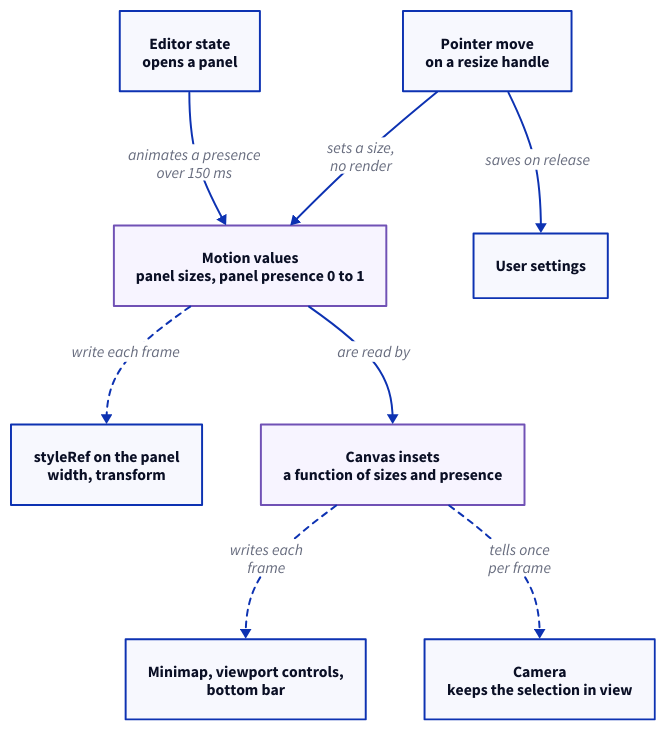
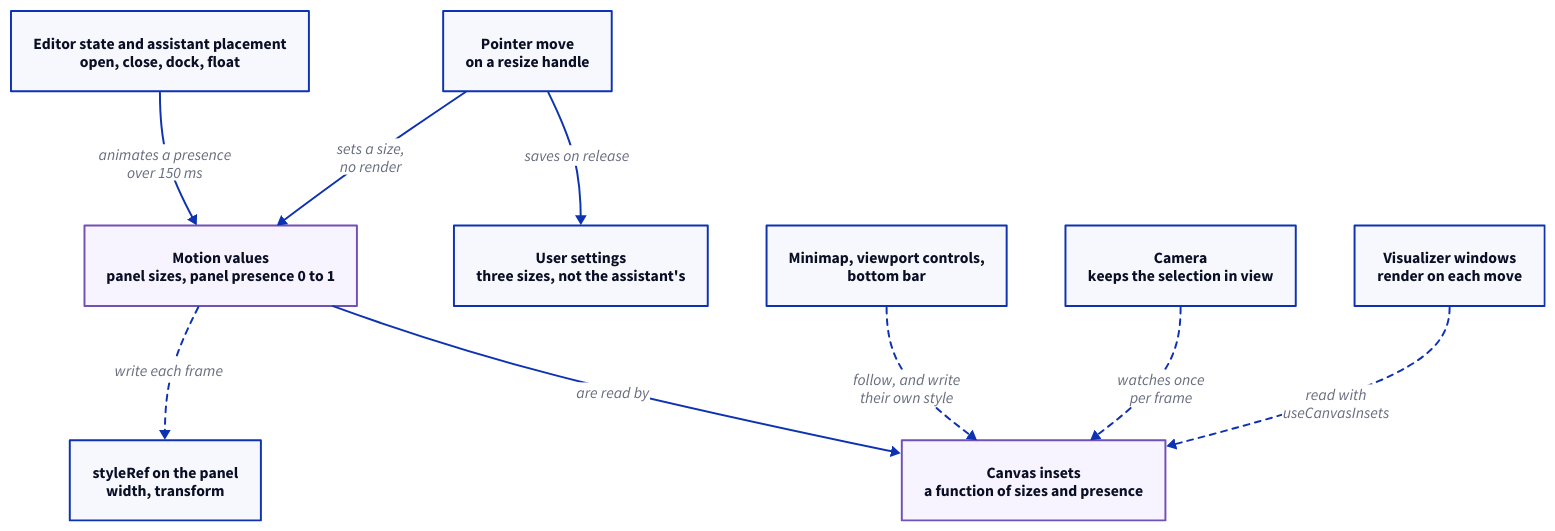
Before and after one commit to hashintel/hash: the diagram in libs/@hashintel/petrinaut/src/react/state/panel-geometry.d2, drawn with D2. The commit also changed 1 other file, not shown here.

Commit message:
FE-2319: Correct the panel geometry guide
Limit the page to the four panels that use Motion values and flag the
Simulate panel, which follows neither rule. Say which sizes are saved,
which reading rules a test holds, and where the UI helpers live.

```diff
--- a/libs/@hashintel/petrinaut/src/react/state/panel-geometry.d2
+++ b/libs/@hashintel/petrinaut/src/react/state/panel-geometry.d2
@@ -1,32 +1,34 @@
 # Hand-written; rendered by the arch-docs build.
 direction: down
 
 vars: {
   d2-legend: {
-    a -> b: sets or reads a value
-    a -> b: writes each frame {style.stroke-dash: 3}
+    a -> b: sets a value, or reads one when asked
+    a -> b: follows a value once per frame {style.stroke-dash: 3}
     a.style.opacity: 0
     b.style.opacity: 0
   }
 }
 
 classes: {
   value: {style.fill: "#f7f4ff"; style.stroke: "#7051b5"}
 }
 
-toggle: "Editor state\nopens a panel"
+toggle: "Editor state and assistant placement\nopen, close, dock, float"
 drag: "Pointer move\non a resize handle"
 geometry: "Motion values\npanel sizes, panel presence 0 to 1" {class: value}
-settings: "User settings"
+settings: "User settings\nthree sizes, not the assistant's"
 panel: "styleRef on the panel\nwidth, transform"
 insets: "Canvas insets\na function of sizes and presence" {class: value}
 followers: "Minimap, viewport controls,\nbottom bar"
 camera: "Camera\nkeeps the selection in view"
+windows: "Visualizer windows\nrender on each move"
 
 toggle -> geometry: "animates a presence\nover 150 ms"
 drag -> geometry: "sets a size,\nno render"
 drag -> settings: "saves on release"
 geometry -> panel: "write each frame" {style.stroke-dash: 3}
 geometry -> insets: "are read by"
-insets -> followers: "writes each\nframe" {style.stroke-dash: 3}
-insets -> camera: "tells once\nper frame" {style.stroke-dash: 3}
+followers -> insets: "follow, and write\ntheir own style" {style.stroke-dash: 3}
+camera -> insets: "watches once\nper frame" {style.stroke-dash: 3}
+windows -> insets: "read with\nuseCanvasInsets" {style.stroke-dash: 3}
```
